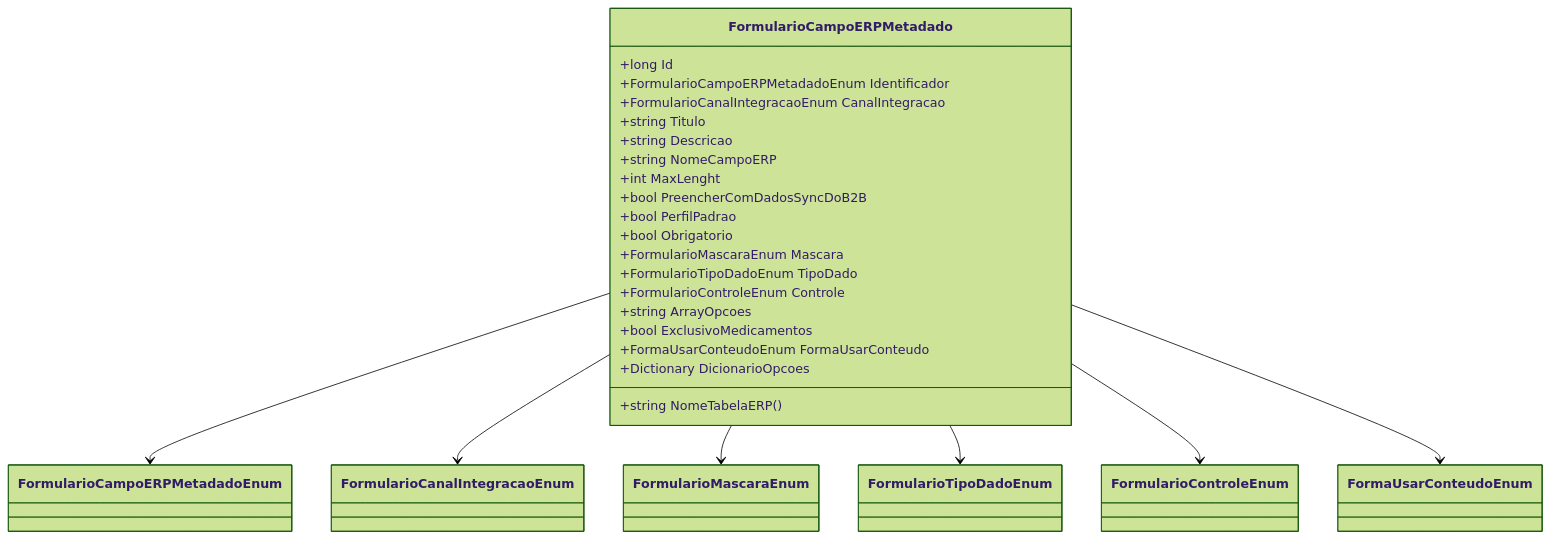
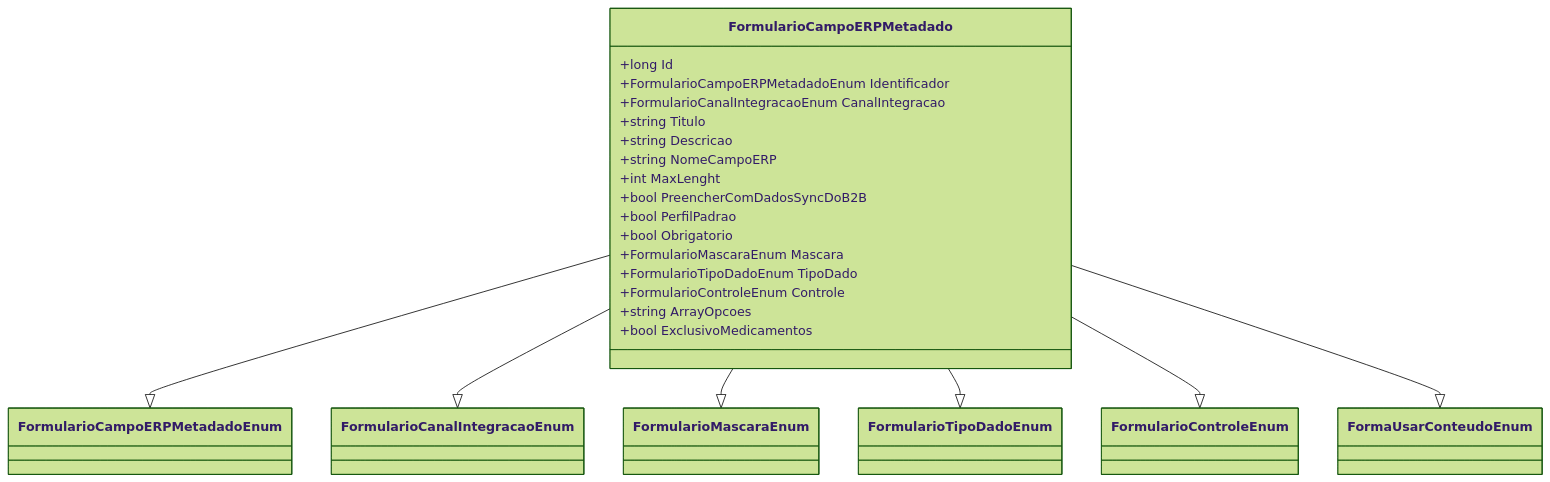
The second of 2 diagrams in docs/b2b-dominio/IsthmusWinthor.Nucleo/IsthmusWinthor.Dominio/Entidades/FormularioCampoERPMetadado.md (IsthmusSistemas/documentacao-tecnica), drawn with Mermaid (forest theme) before and after one commit. The commit also changed other lines of this file and 882 other files, not shown here.

````diff
--- a/docs/b2b-dominio/IsthmusWinthor.Nucleo/IsthmusWinthor.Dominio/Entidades/FormularioCampoERPMetadado.md
+++ b/docs/b2b-dominio/IsthmusWinthor.Nucleo/IsthmusWinthor.Dominio/Entidades/FormularioCampoERPMetadado.md
@@ -40,29 +52,27 @@
 ```mermaid
 classDiagram
     class FormularioCampoERPMetadado {
         +long Id
         +FormularioCampoERPMetadadoEnum Identificador
         +FormularioCanalIntegracaoEnum CanalIntegracao
         +string Titulo
         +string Descricao
         +string NomeCampoERP
         +int MaxLenght
         +bool PreencherComDadosSyncDoB2B
         +bool PerfilPadrao
         +bool Obrigatorio
         +FormularioMascaraEnum Mascara
         +FormularioTipoDadoEnum TipoDado
         +FormularioControleEnum Controle
         +string ArrayOpcoes
         +bool ExclusivoMedicamentos
-        +string NomeTabelaERP()
-        +FormaUsarConteudoEnum FormaUsarConteudo
-        +Dictionary<string, string> DicionarioOpcoes
     }
-    FormularioCampoERPMetadado --> FormularioCampoERPMetadadoEnum
-    FormularioCampoERPMetadado --> FormularioCanalIntegracaoEnum
-    FormularioCampoERPMetadado --> FormularioMascaraEnum
-    FormularioCampoERPMetadado --> FormularioTipoDadoEnum
-    FormularioCampoERPMetadado --> FormularioControleEnum
-    FormularioCampoERPMetadado --> FormaUsarConteudoEnum
+
+    FormularioCampoERPMetadado --|> FormularioCampoERPMetadadoEnum
+    FormularioCampoERPMetadado --|> FormularioCanalIntegracaoEnum
+    FormularioCampoERPMetadado --|> FormularioMascaraEnum
+    FormularioCampoERPMetadado --|> FormularioTipoDadoEnum
+    FormularioCampoERPMetadado --|> FormularioControleEnum
+    FormularioCampoERPMetadado --|> FormaUsarConteudoEnum
 ```
````
